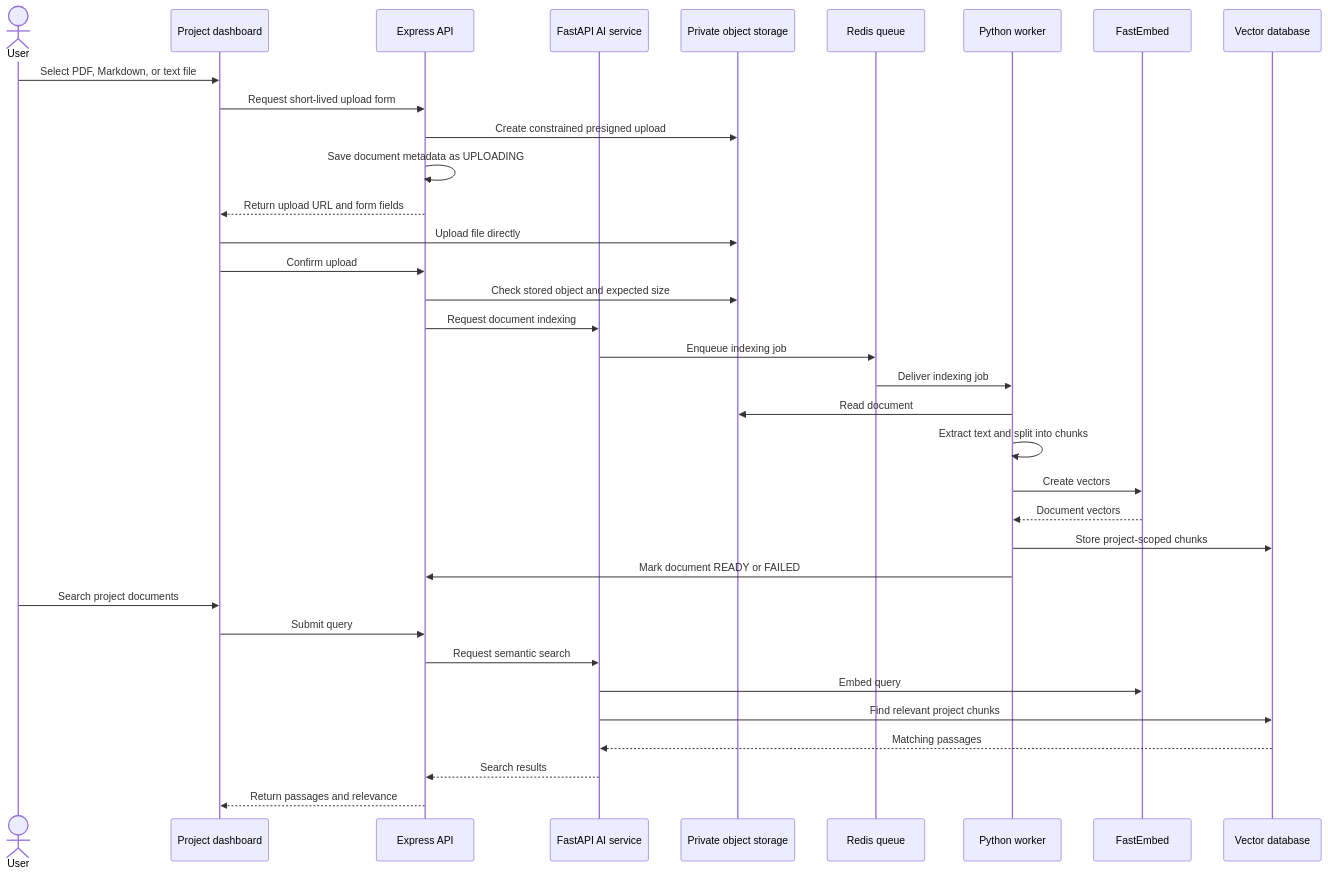
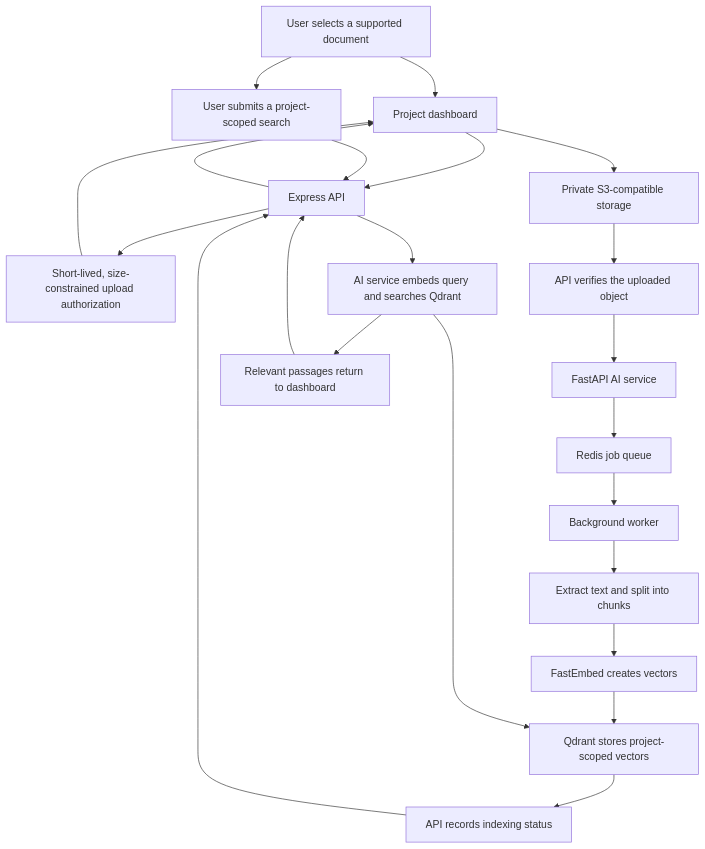
The third of 3 diagrams in README.md (harshmriduhash/shadow-test), drawn with Mermaid before and after one commit. The commit also changed other lines of this file, not shown here.

First line of the commit message:
Fix README architecture headings and LLD diagrams

````diff
--- a/README.md
+++ b/README.md
@@ -192,39 +166,26 @@
 ```mermaid
-sequenceDiagram
-    actor User
-    participant Web as Project dashboard
-    participant API as Express API
-    participant AIService as FastAPI AI service
-    participant S3 as Private object storage
-    participant Queue as Redis queue
-    participant Worker as Python worker
-    participant Embed as FastEmbed
-    participant Qdrant as Vector database
+flowchart TD
+    User["User selects a supported document"]
+    Web["Project dashboard"]
+    API["Express API"]
+    Upload["Short-lived, size-constrained upload authorization"]
+    S3["Private S3-compatible storage"]
+    Confirm["API verifies the uploaded object"]
+    AIService["FastAPI AI service"]
+    Redis["Redis job queue"]
+    Worker["Background worker"]
+    Extract["Extract text and split into chunks"]
+    Embed["FastEmbed creates vectors"]
+    Qdrant["Qdrant stores project-scoped vectors"]
+    Status["API records indexing status"]
+    Search["User submits a project-scoped search"]
+    Query["AI service embeds query and searches Qdrant"]
+    Results["Relevant passages return to dashboard"]
 
-    User->>Web: Select PDF, Markdown, or text file
-    Web->>API: Request short-lived upload form
-    API->>S3: Create constrained presigned upload
-    API->>API: Save document metadata as UPLOADING
-    API-->>Web: Return upload URL and form fields
-    Web->>S3: Upload file directly
-    Web->>API: Confirm upload
-    API->>S3: Check stored object and expected size
-    API->>AIService: Request document indexing
-    AIService->>Queue: Enqueue indexing job
-    Queue->>Worker: Deliver indexing job
-    Worker->>S3: Read document
-    Worker->>Worker: Extract text and split into chunks
-    Worker->>Embed: Create vectors
-    Embed-->>Worker: Document vectors
-    Worker->>Qdrant: Store project-scoped chunks
-    Worker->>API: Mark document READY or FAILED
-
-    User->>Web: Search project documents
-    Web->>API: Submit query
-    API->>AIService: Request semantic search
-    AIService->>Embed: Embed query
-    AIService->>Qdrant: Find relevant project chunks
-    Qdrant-->>AIService: Matching passages
-    AIService-->>API: Search results
-    API-->>Web: Return passages and relevance
+    User --> Web --> API --> Upload --> Web
+    Web --> S3
+    S3 --> Confirm --> AIService --> Redis --> Worker
+    Worker --> Extract --> Embed --> Qdrant --> Status --> API
+    User --> Search --> API --> Query --> Qdrant
+    Query --> Results --> API --> Web
 ```
````
